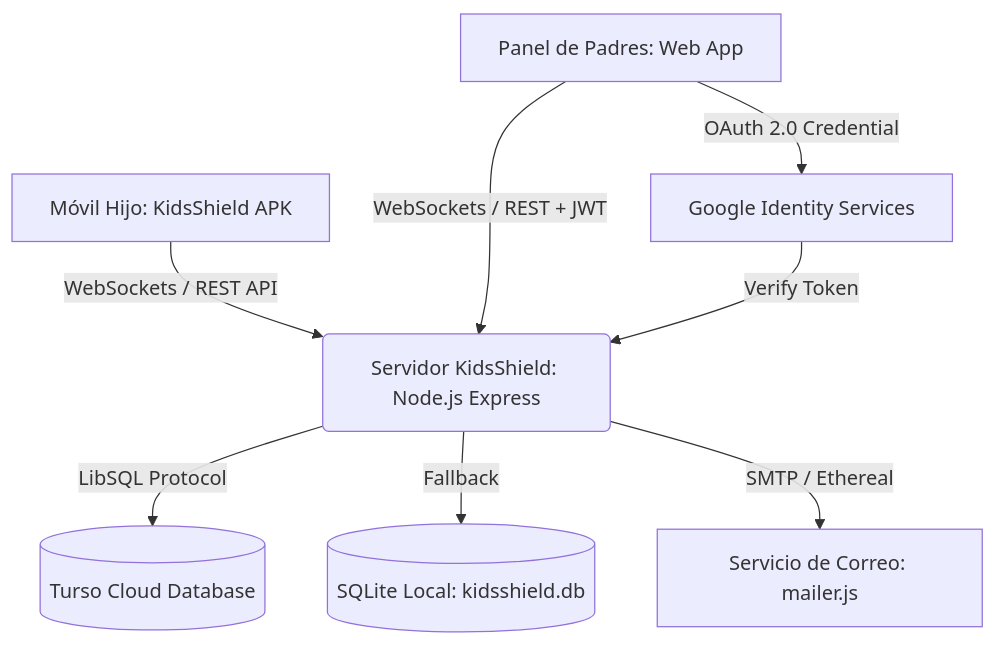
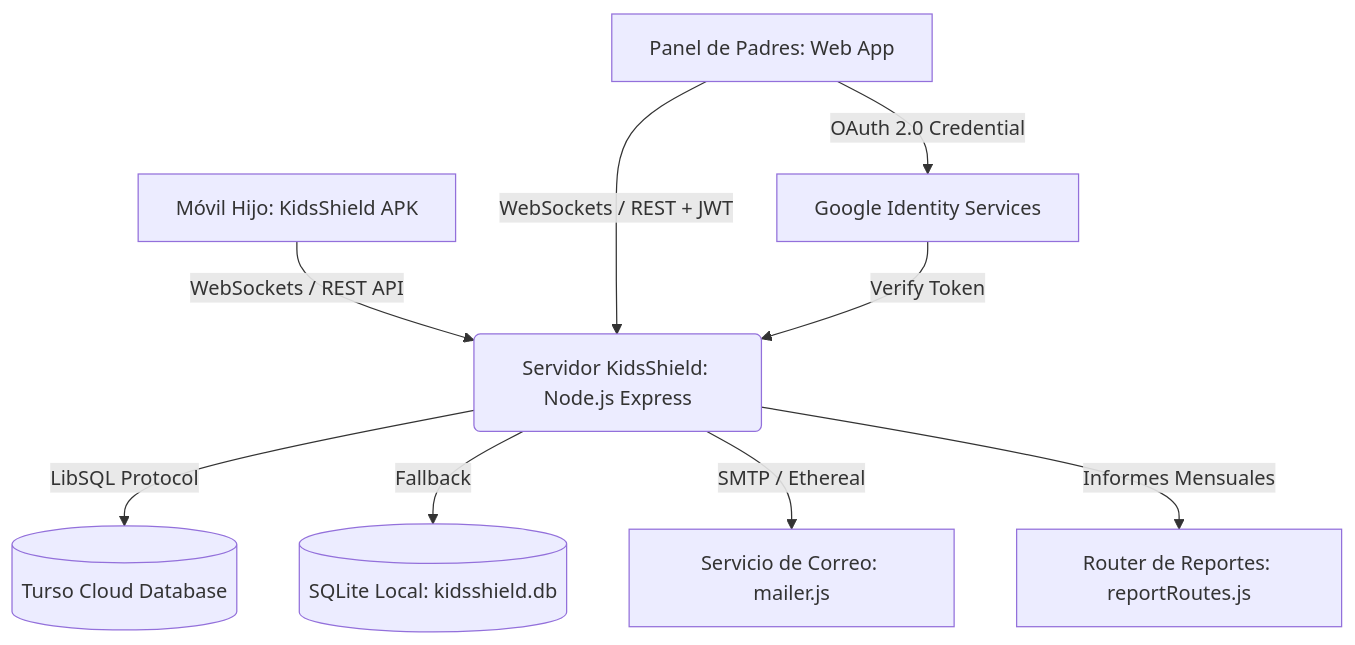
One commit to sebastianbriones-g/KidsShield changed the diagram in LEEME.md. Above: the diagram before and after it, drawn with Mermaid. The commit also changed other lines of this file and 34 other files, not shown here.

Commit message:
feat: informes mensuales por correo y descarga, categorias canonicas de apps, mejoras en timeline y sincronizacion de hijos

````diff
--- a/LEEME.md
+++ b/LEEME.md
@@ -78,10 +79,11 @@
 ```mermaid
 graph TD
     A[Móvil Hijo: KidsShield APK] -->|WebSockets / REST API| B(Servidor KidsShield: Node.js Express)
     C[Panel de Padres: Web App] -->|WebSockets / REST + JWT| B
     B -->|LibSQL Protocol| D[(Turso Cloud Database)]
     B -->|Fallback| E[(SQLite Local: kidsshield.db)]
     C -->|OAuth 2.0 Credential| F[Google Identity Services]
     F -->|Verify Token| B
     B -->|SMTP / Ethereal| G[Servicio de Correo: mailer.js]
+    B -->|Informes Mensuales| H[Router de Reportes: reportRoutes.js]
 ```
````
